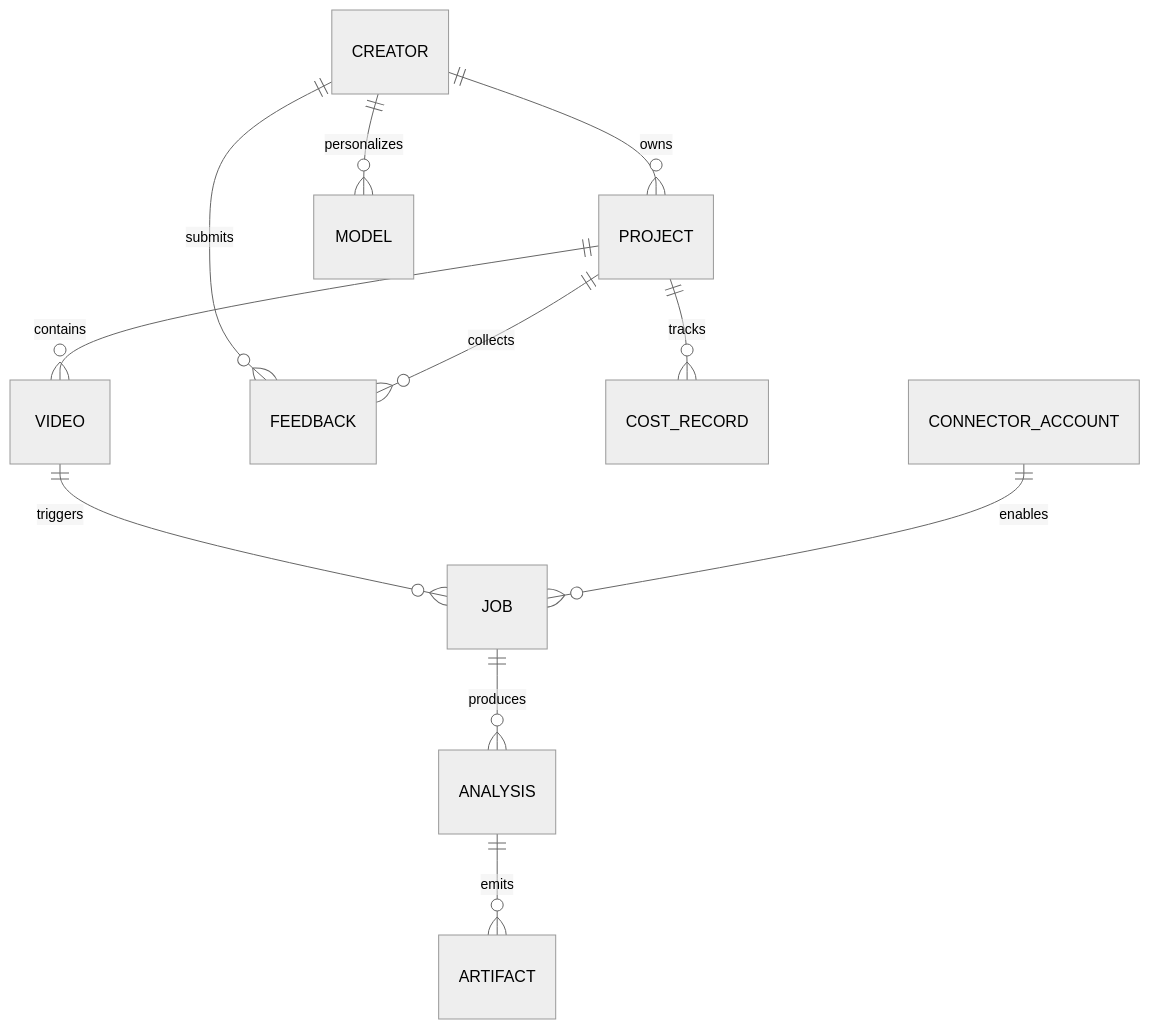
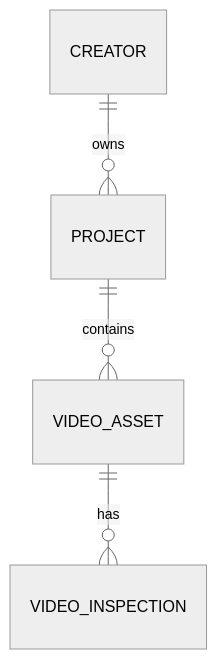
One commit to AS26-Lab/Creator_Inteligence_Studio changed the diagram in docs/DATA_MODEL.md. Above: the diagram before and after it, drawn with Mermaid (neutral theme). The commit also changed other lines of this file and 34 other files, not shown here.

````diff
--- a/docs/DATA_MODEL.md
+++ b/docs/DATA_MODEL.md
@@ -124,13 +105,6 @@
 ```mermaid
 erDiagram
     CREATOR ||--o{ PROJECT : owns
-    PROJECT ||--o{ VIDEO : contains
-    VIDEO ||--o{ JOB : triggers
-    JOB ||--o{ ANALYSIS : produces
-    ANALYSIS ||--o{ ARTIFACT : emits
-    CREATOR ||--o{ FEEDBACK : submits
-    PROJECT ||--o{ FEEDBACK : collects
-    CREATOR ||--o{ MODEL : personalizes
-    PROJECT ||--o{ COST_RECORD : tracks
-    CONNECTOR_ACCOUNT ||--o{ JOB : enables
+    PROJECT ||--o{ VIDEO_ASSET : contains
+    VIDEO_ASSET ||--o{ VIDEO_INSPECTION : has
 ```
````
